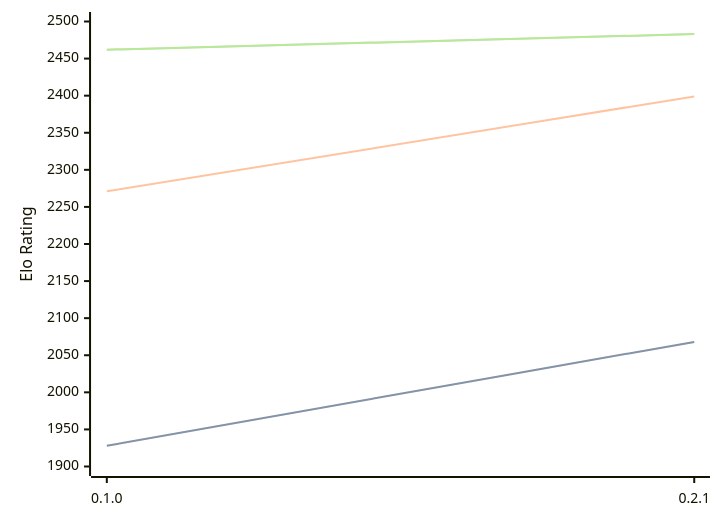
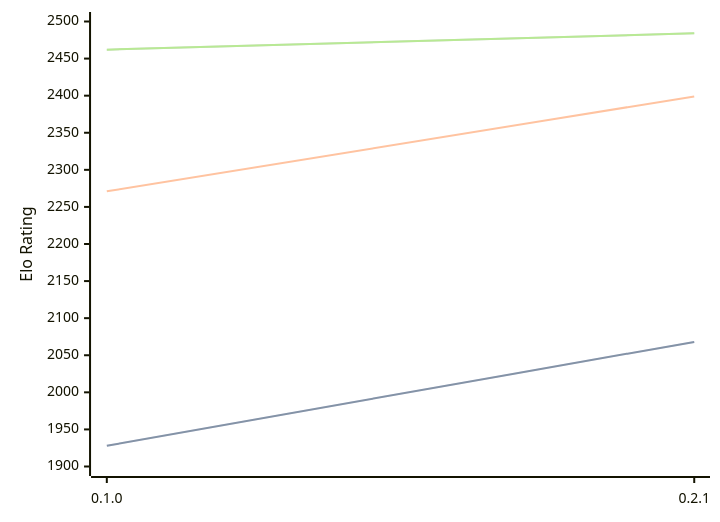
Before and after one commit to computer-chess-index/cci: the diagram in engines/Sykora.md, drawn with Mermaid. The commit also changed other lines of this file, not shown here.

Commit message:
Update CCI Ratings (ELO VLTC) - 2026-05-03

````diff
--- a/engines/Sykora.md
+++ b/engines/Sykora.md
@@ -33,11 +33,11 @@
 ```mermaid
 %%{init: {"theme":"base","themeVariables":{"seriesColors:['#a3a3a3','#222221','#faa371']}}}%%
 xychart-beta
   x-axis ["0.1.0", "0.2.1"]
   y-axis "Elo Rating" 1900 --> 2500
   line "STC (8.0+0.08s)" [1928, 2068]
   line "STC (8.0+0.08s)" [1928, 2068]
   line "LTC (60.0+0.60s)" [2271, 2399]
-  line "VLTC (2m24s+1.12s)" [2462, 2483]
-  line "VLTC (2m24s+1.12s)" [2462, 2483]
+  line "VLTC (2m24s+1.12s)" [2462, 2484]
+  line "VLTC (2m24s+1.12s)" [2462, 2484]
 ```
````
